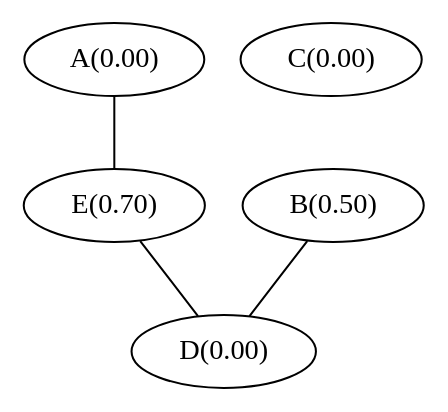
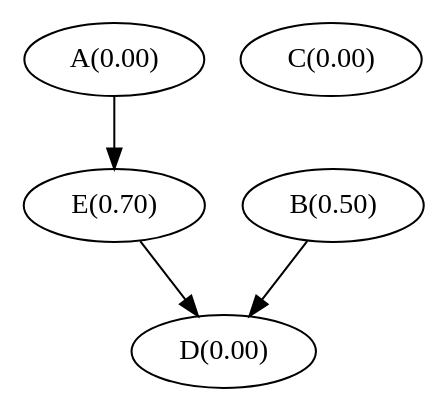
Before and after one commit to rlch/tutero-assignment: the diagram in runner/cases/with_progress.dot, drawn with Graphviz. The commit also changed 16 other files, not shown here.

```diff
--- a/runner/cases/with_progress.dot
+++ b/runner/cases/with_progress.dot
@@ -1,25 +1,25 @@
 
-strict graph with_progress {
+strict digraph with_progress {
 
 	// Node definitions.
 
 	"A(0.00)";
 
 	"B(0.50)";
 
 	"C(0.00)";
 
 	"D(0.00)";
 
 	"E(0.70)";
 
 
 	// Edge definitions.
 
-	"A(0.00)" -- "E(0.70)";
+	"A(0.00)" -> "E(0.70)";
 
-	"B(0.50)" -- "D(0.00)";
+	"B(0.50)" -> "D(0.00)";
 
-	"E(0.70)" -- "D(0.00)";
+	"E(0.70)" -> "D(0.00)";
 
 }
```
